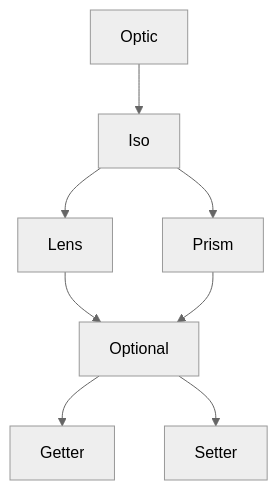
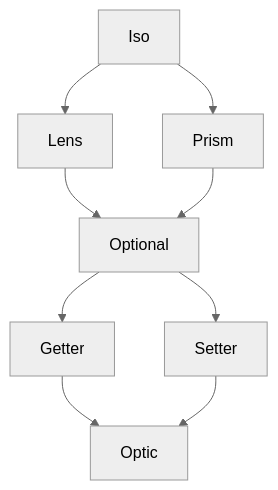
Before and after one commit to fp-ts/optic: the diagram in README.md, drawn with Mermaid (neutral theme). The commit also changed other lines of this file, not shown here.

Commit message:
README: fix flowchart and add docs

````diff
--- a/README.md
+++ b/README.md
@@ -23,10 +28,11 @@
 ```mermaid
 flowchart TD
-  Optic --> Iso
   Iso --> Lens
   Iso --> Prism
   Lens --> Optional
   Prism --> Optional
   Optional --> Getter
   Optional --> Setter
+  Getter --> Optic
+  Setter --> Optic
 ```
````
